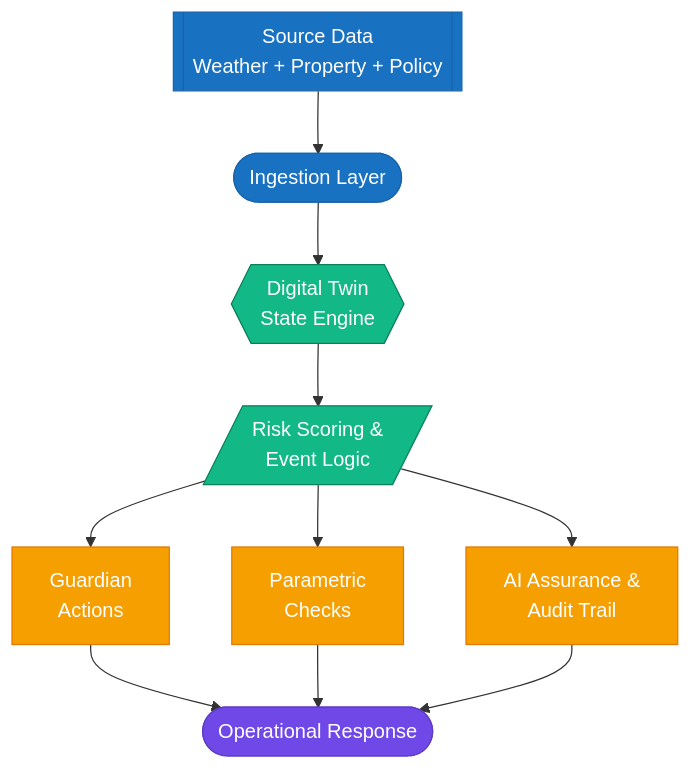
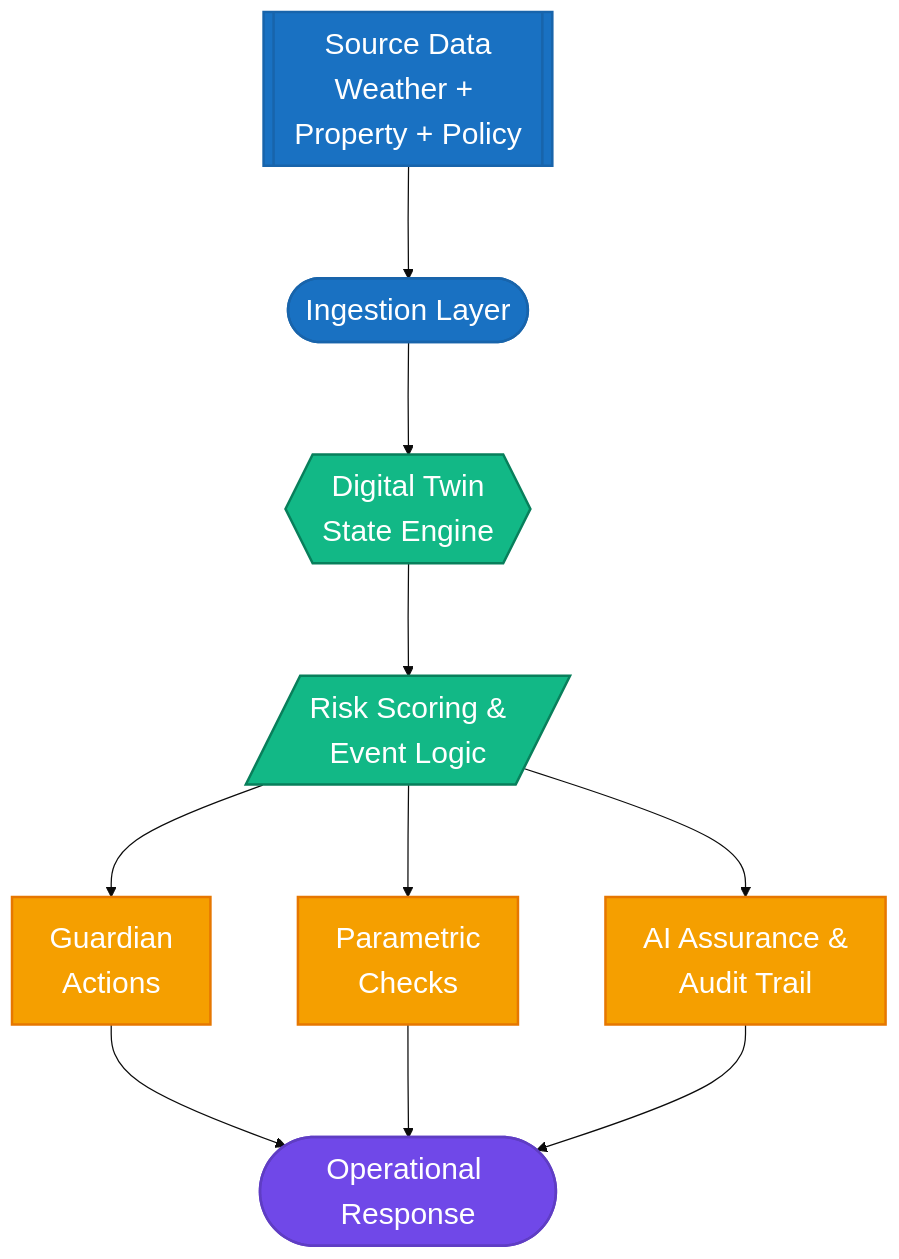
The second of 2 diagrams in README.md (sehgalnamit/udp2-living-risk-engine), drawn with Mermaid before and after one commit. The commit also changed other lines of this file and 7 other files, not shown here.

Commit message:
Increase Mermaid diagram font size and disable max-width for better visibility

````diff
--- a/README.md
+++ b/README.md
@@ -150,19 +151,20 @@
 ```mermaid
+%%{init: {'theme': 'base', 'themeVariables': {'fontSize': '24px'}, 'flowchart': {'useMaxWidth': false, 'nodeSpacing': 70, 'rankSpacing': 90}}}%%
 flowchart TD
-    classDef source fill:#1971C2,color:#fff,stroke:#1864AB,stroke-width:1px;
-    classDef engine fill:#12B886,color:#fff,stroke:#087F5B,stroke-width:1px;
-    classDef decision fill:#F59F00,color:#fff,stroke:#E67700,stroke-width:1px;
-    classDef output fill:#7048E8,color:#fff,stroke:#5F3DC4,stroke-width:1px;
+    classDef source fill:#1971C2,color:#fff,stroke:#1864AB,stroke-width:2px;
+    classDef engine fill:#12B886,color:#fff,stroke:#087F5B,stroke-width:2px;
+    classDef decision fill:#F59F00,color:#fff,stroke:#E67700,stroke-width:2px;
+    classDef output fill:#7048E8,color:#fff,stroke:#5F3DC4,stroke-width:2px;
 
     A[[Source Data\nWeather + Property + Policy]]:::source --> B([Ingestion Layer]):::source
     B --> C{{Digital Twin\nState Engine}}:::engine
     C --> D[/Risk Scoring &\nEvent Logic/]:::engine
 
     D --> E[Guardian\nActions]:::decision
     D --> F[Parametric\nChecks]:::decision
     D --> G[AI Assurance &\nAudit Trail]:::decision
 
     E --> H([Operational Response]):::output
     F --> H
     G --> H
 ```
````
